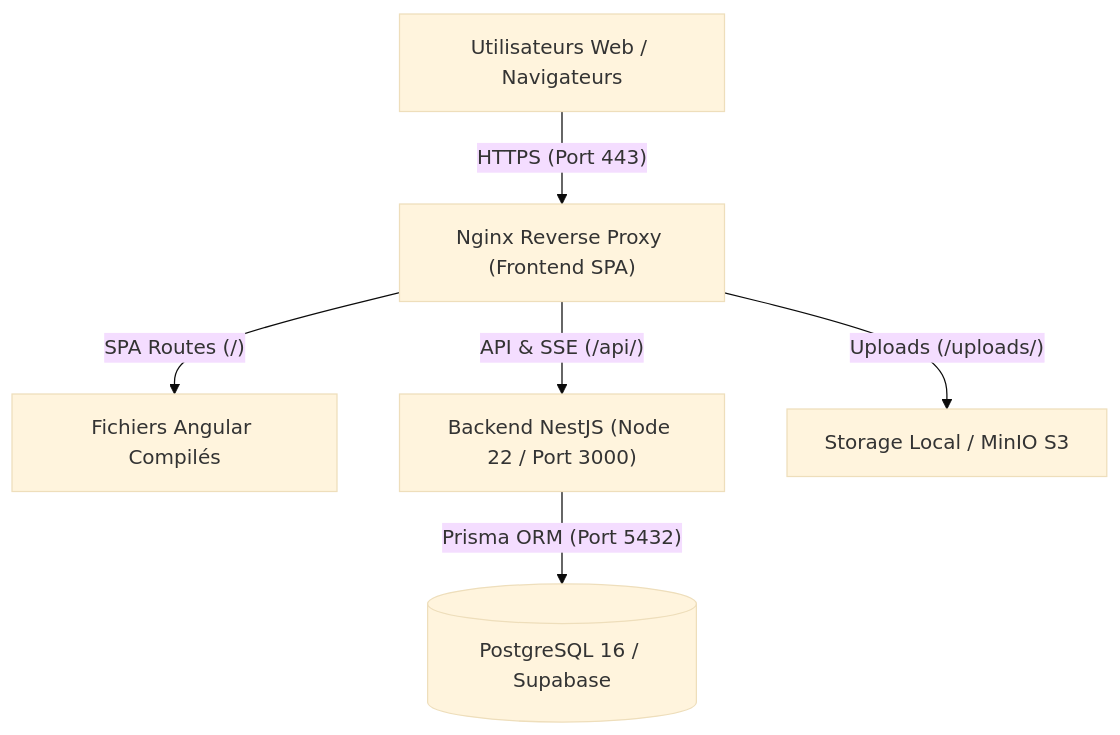
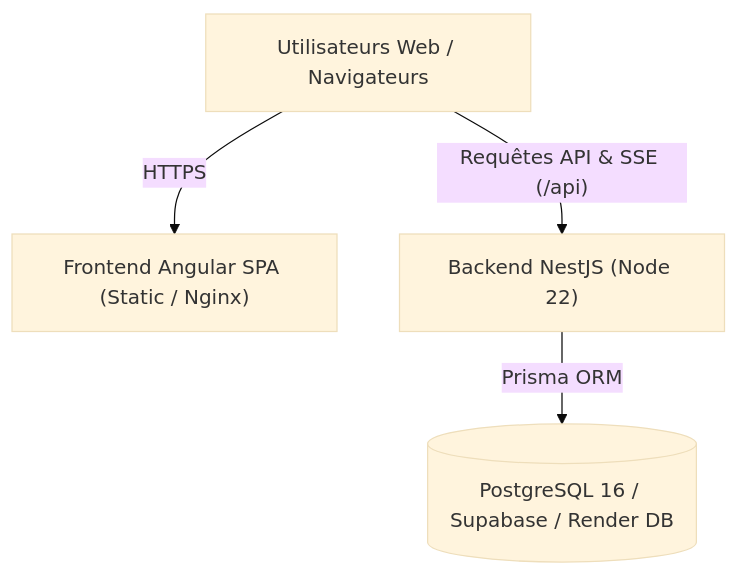
One commit to lesecondbaraka-ctrl/cfpvitalis changed the diagram in docs/DEPLOYMENT_GUIDE_PROD.md. Above: the diagram before and after it, drawn with Mermaid (base theme). The commit also changed other lines of this file and 7 other files, not shown here.

Commit message:
fix(deploy): configure CORS, host binding 0.0.0.0, health checks, SPA redirects and Render blueprint

````diff
--- a/docs/DEPLOYMENT_GUIDE_PROD.md
+++ b/docs/DEPLOYMENT_GUIDE_PROD.md
@@ -9,8 +9,6 @@
 ```mermaid
 graph TD
-    Client["Utilisateurs Web / Navigateurs"] -->|"HTTPS (Port 443)"| Nginx["Nginx Reverse Proxy (Frontend SPA)"]
-    Nginx -->|"SPA Routes (/)"| Static["Fichiers Angular Compilés"]
-    Nginx -->|"API & SSE (/api/)"| Nest["Backend NestJS (Node 22 / Port 3000)"]
-    Nginx -->|"Uploads (/uploads/)"| Uploads["Storage Local / MinIO S3"]
-    Nest -->|"Prisma ORM (Port 5432)"| Postgres[("PostgreSQL 16 / Supabase")]
+    Client["Utilisateurs Web / Navigateurs"] -->|"HTTPS"| Front["Frontend Angular SPA (Static / Nginx)"]
+    Client -->|"Requêtes API & SSE (/api)"| Back["Backend NestJS (Node 22)"]
+    Back -->|"Prisma ORM"| Postgres[("PostgreSQL 16 / Supabase / Render DB")]
 ```
````
